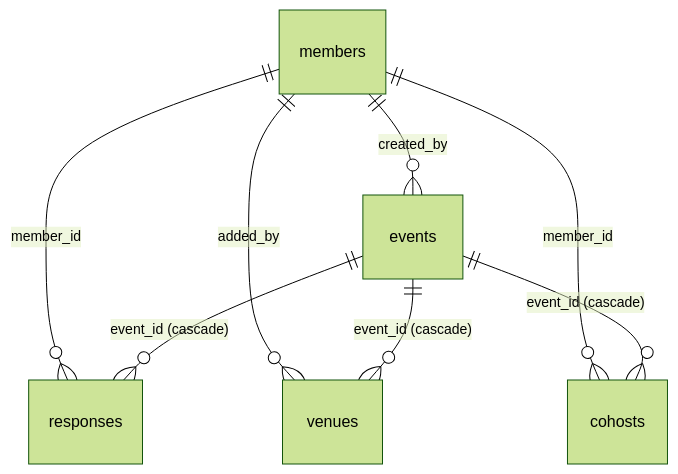
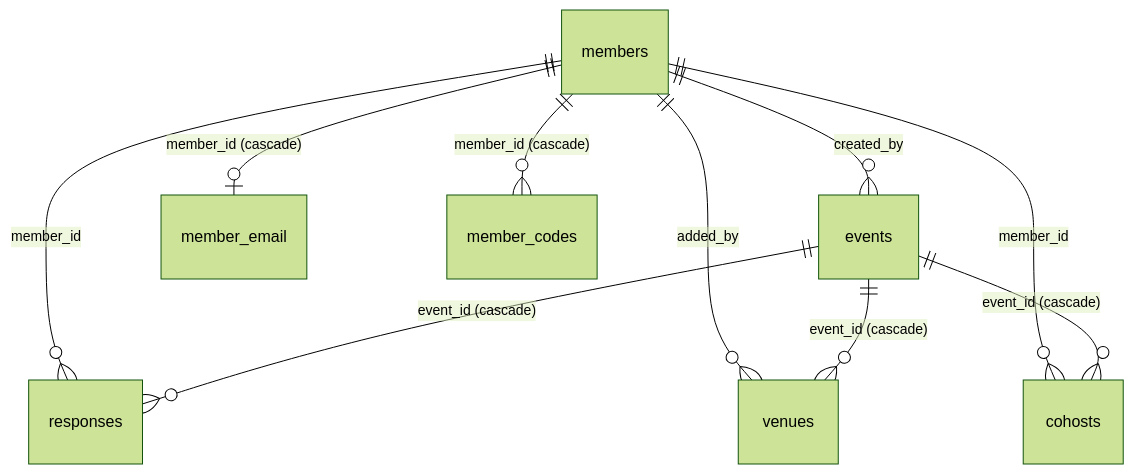
Before and after one commit to ThienNg65/event-planner: the diagram in docs/07-data-model.md, drawn with Mermaid (forest theme). The commit also changed other lines of this file and 38 other files, not shown here.

````diff
--- a/docs/07-data-model.md
+++ b/docs/07-data-model.md
@@ -6,10 +6,12 @@
 ```mermaid
 erDiagram
     members ||--o{ events : "created_by"
     members ||--o{ responses : "member_id"
     members ||--o{ venues : "added_by"
     members ||--o{ cohosts : "member_id"
     events  ||--o{ responses : "event_id (cascade)"
     events  ||--o{ venues : "event_id (cascade)"
     events  ||--o{ cohosts : "event_id (cascade)"
+    members ||--o| member_email : "member_id (cascade)"
+    members ||--o{ member_codes : "member_id (cascade)"
 ```
````
